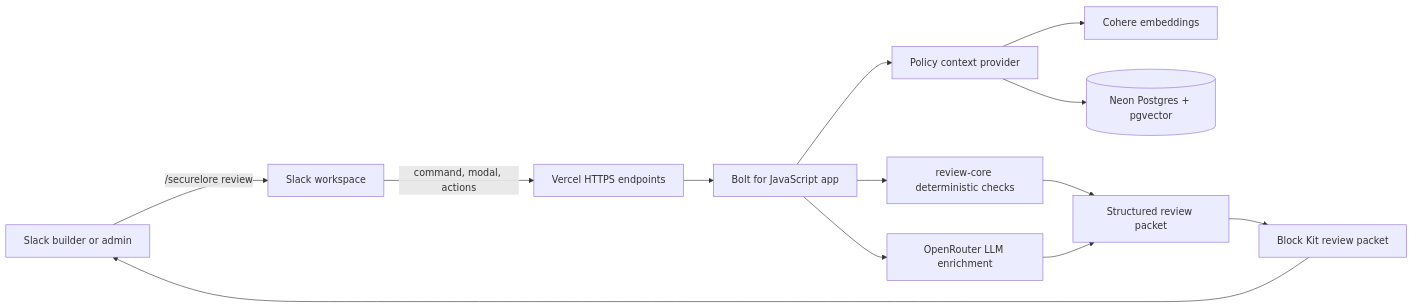
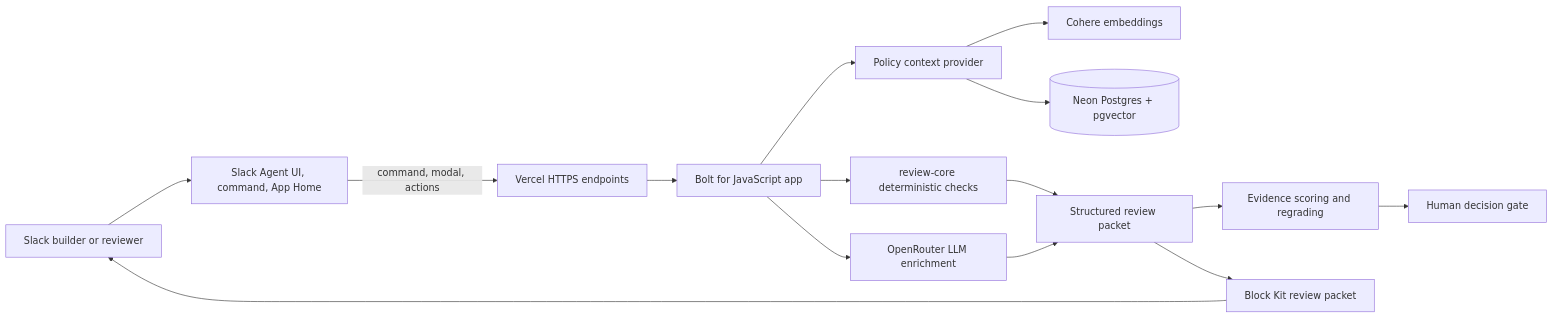
The first of 4 diagrams in ARCHITECTURE.md (N-45div/SecureLore), drawn with Mermaid before and after one commit. The commit also changed other lines of this file and 1 other file, not shown here.

````diff
--- a/ARCHITECTURE.md
+++ b/ARCHITECTURE.md
@@ -7,15 +7,17 @@
 ```mermaid
 flowchart LR
-  Builder[Slack builder or admin] -->|/securelore review| Slack[Slack workspace]
+  Builder[Slack builder or reviewer] --> Slack[Slack Agent UI, command, App Home]
   Slack -->|command, modal, actions| Vercel[Vercel HTTPS endpoints]
   Vercel --> Bolt[Bolt for JavaScript app]
   Bolt --> ReviewCore[review-core deterministic checks]
   Bolt --> Policy[Policy context provider]
   Policy --> Cohere[Cohere embeddings]
   Policy --> Neon[(Neon Postgres + pgvector)]
   Bolt --> OpenRouter[OpenRouter LLM enrichment]
   ReviewCore --> Packet[Structured review packet]
   OpenRouter --> Packet
+  Packet --> Evidence[Evidence scoring and regrading]
+  Evidence --> Decision[Human decision gate]
   Packet --> SlackUI[Block Kit review packet]
   SlackUI --> Builder
 ```
````
